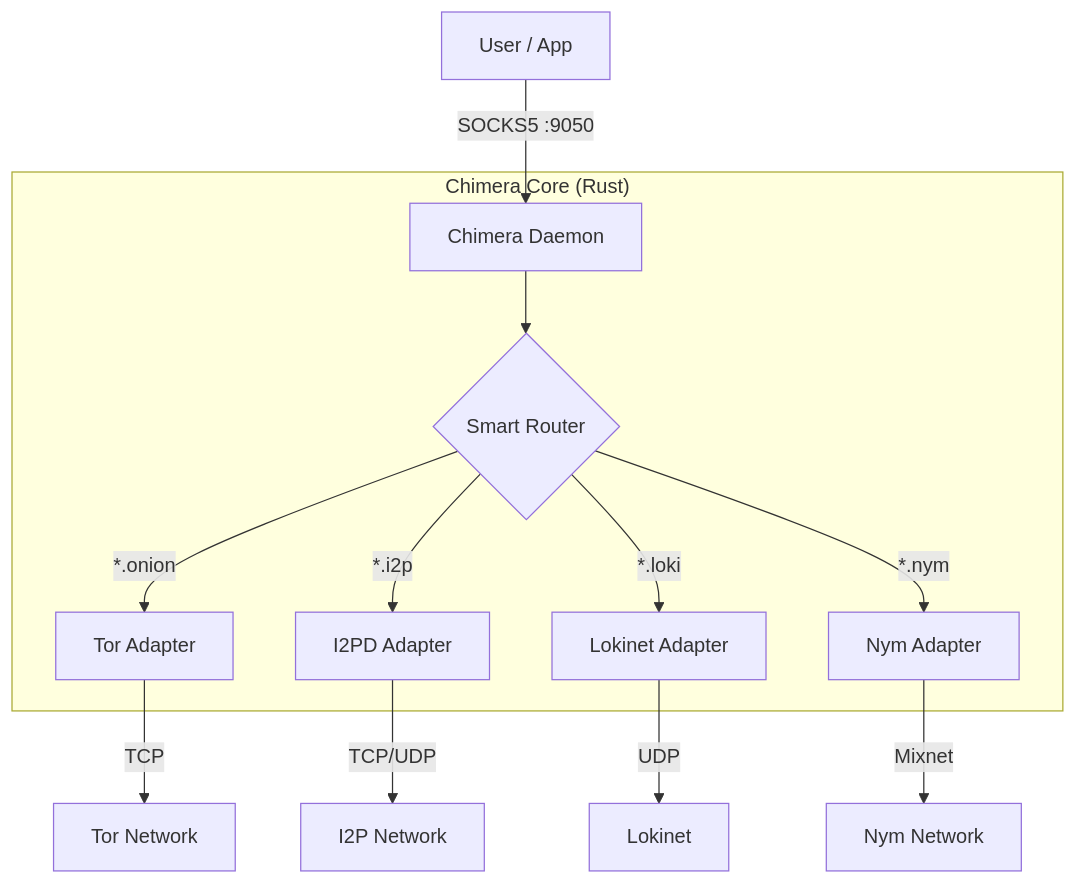
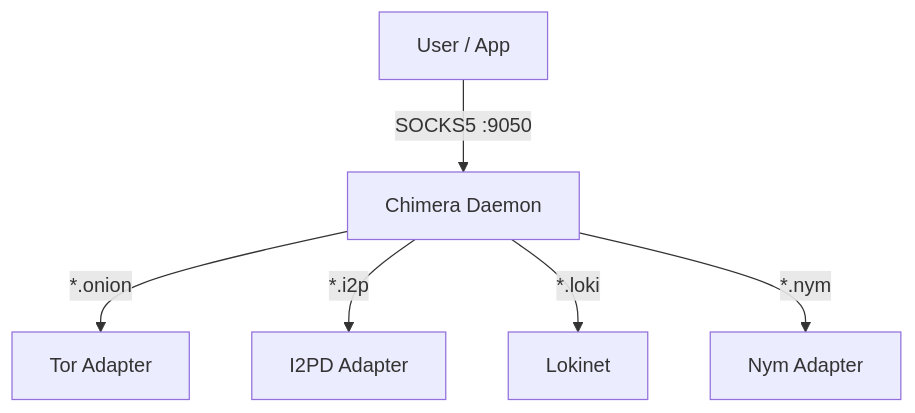
One commit to thookham/Chimera-Super-Node changed the diagram in README.md. Above: the diagram before and after it, drawn with Mermaid. The commit also changed other lines of this file and 9 other files, not shown here.

````diff
--- a/README.md
+++ b/README.md
@@ -38,17 +25,8 @@
 ```mermaid
 graph TD
     User[User / App] -->|SOCKS5 :9050| Chimera[Chimera Daemon]
-    
-    subgraph "Chimera Core (Rust)"
-        Chimera --> Router{Smart Router}
-        Router -->|*.onion| Tor[Tor Adapter]
-        Router -->|*.i2p| I2P[I2PD Adapter]
-        Router -->|*.loki| Loki[Lokinet Adapter]
-        Router -->|*.nym| Nym[Nym Adapter]
-    end
-    
-    Tor -->|TCP| TorNet[Tor Network]
-    I2P -->|TCP/UDP| I2PNet[I2P Network]
-    Loki -->|UDP| LokiNet[Lokinet]
-    Nym -->|Mixnet| NymNet[Nym Network]
+    Chimera -->|*.onion| Tor[Tor Adapter]
+    Chimera -->|*.i2p| I2P[I2PD Adapter]
+    Chimera -->|*.loki| Lokinet[Lokinet]
+    Chimera -->|*.nym| Nym[Nym Adapter]
 ```
````
